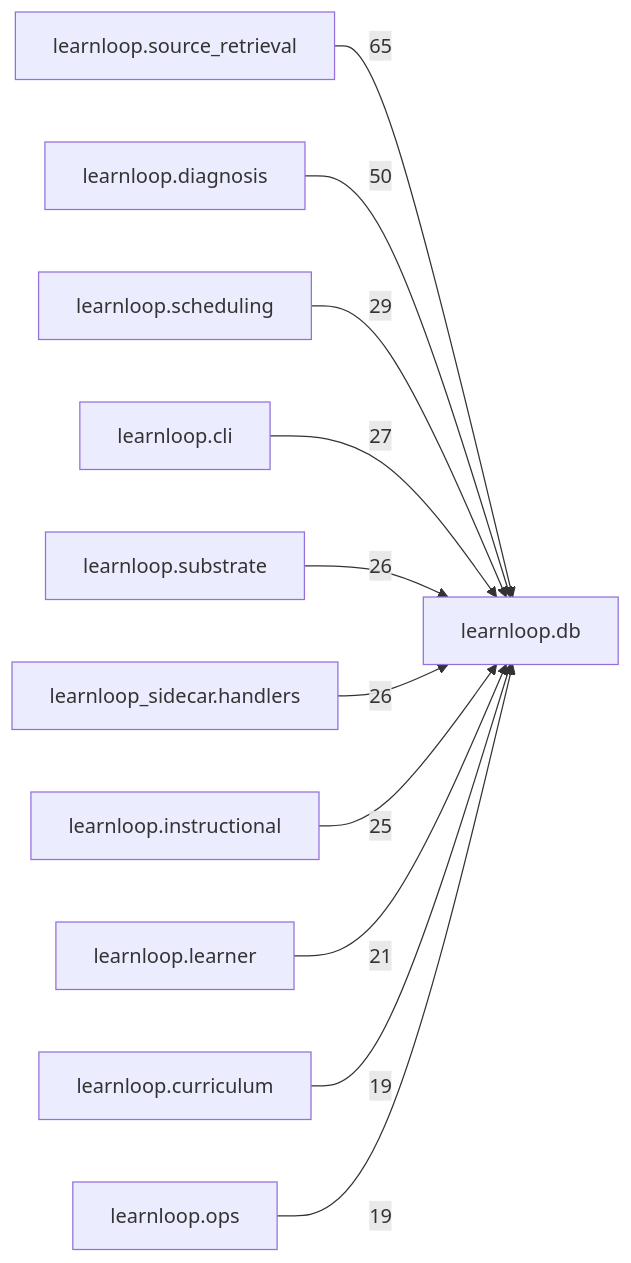
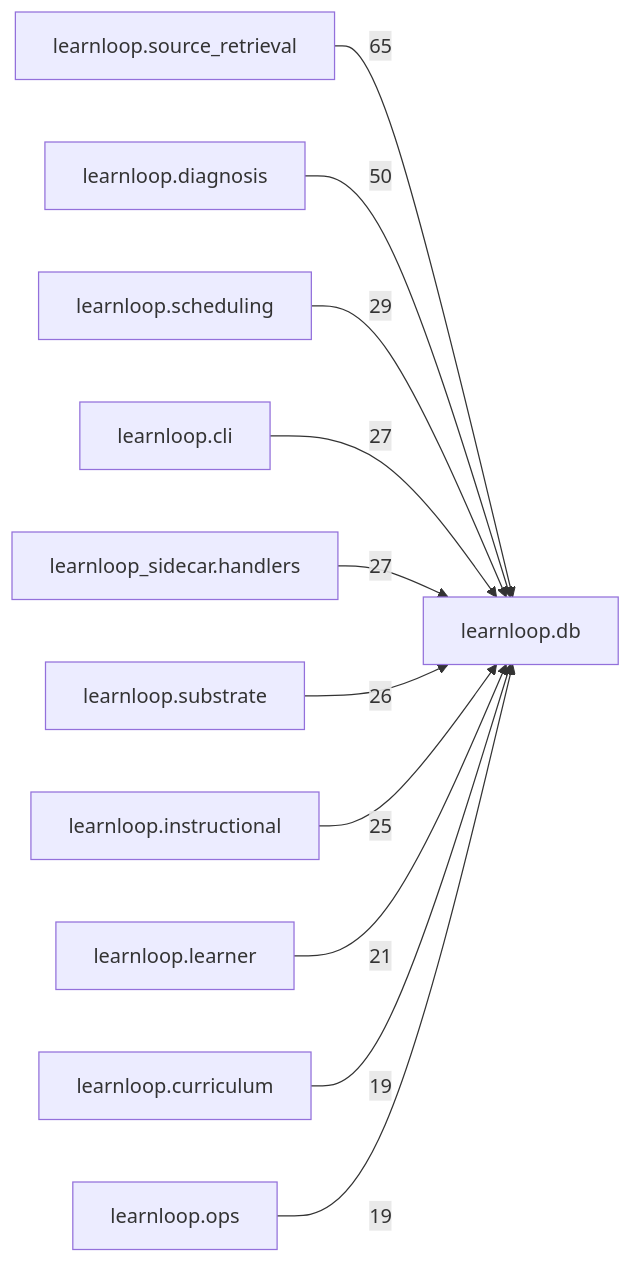
One commit to 6up-b/learnanything changed the diagram in docs/learnloop-architecture-vault/Reference/Modules/learnloop/db/_package.md. Above: the diagram before and after it, drawn with Mermaid. The commit also changed other lines of this file and 61 other files, not shown here.

First line of the commit message:
References regenerated on B9 (learnloop.why, the sidecar's why handler, line shifts)

````diff
--- a/docs/learnloop-architecture-vault/Reference/Modules/learnloop/db/_package.md
+++ b/docs/learnloop-architecture-vault/Reference/Modules/learnloop/db/_package.md
@@ -137,24 +137,24 @@
 ```mermaid
 flowchart LR
     center["learnloop.db"]
     n_learnloop_source_retrieval["learnloop.source_retrieval"]
     n_learnloop_diagnosis["learnloop.diagnosis"]
     n_learnloop_scheduling["learnloop.scheduling"]
     n_learnloop_cli["learnloop.cli"]
+    n_learnloop_sidecar_handlers["learnloop_sidecar.handlers"]
     n_learnloop_substrate["learnloop.substrate"]
-    n_learnloop_sidecar_handlers["learnloop_sidecar.handlers"]
     n_learnloop_instructional["learnloop.instructional"]
     n_learnloop_learner["learnloop.learner"]
     n_learnloop_curriculum["learnloop.curriculum"]
     n_learnloop_ops["learnloop.ops"]
     n_learnloop_source_retrieval -->|65| center
     n_learnloop_diagnosis -->|50| center
     n_learnloop_scheduling -->|29| center
     n_learnloop_cli -->|27| center
+    n_learnloop_sidecar_handlers -->|27| center
     n_learnloop_substrate -->|26| center
-    n_learnloop_sidecar_handlers -->|26| center
     n_learnloop_instructional -->|25| center
     n_learnloop_learner -->|21| center
     n_learnloop_curriculum -->|19| center
     n_learnloop_ops -->|19| center
 ```
````
